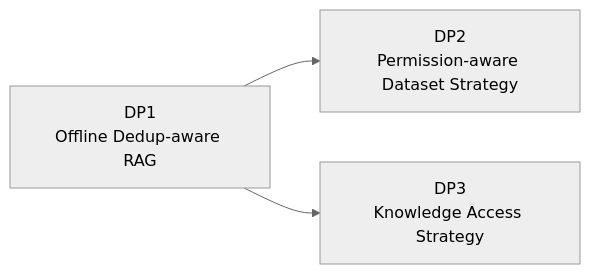
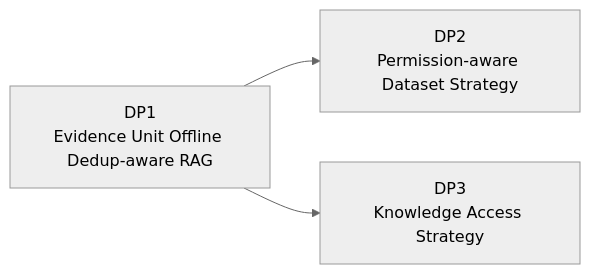
One commit to younlea/2026_architect_9B_team changed the fourth of 4 diagrams in doc/02_DP1_Dedup_Aware_RAG_Selection.md. Above: the diagram before and after it, drawn with Mermaid (neutral theme). The commit also changed other lines of this file and 5 other files, not shown here.

````diff
--- a/doc/02_DP1_Dedup_Aware_RAG_Selection.md
+++ b/doc/02_DP1_Dedup_Aware_RAG_Selection.md
@@ -263,5 +324,5 @@
 ```mermaid
 flowchart LR
-    A[DP1<br/>Offline Dedup-aware RAG] --> B[DP2<br/>Permission-aware Dataset Strategy]
+    A[DP1<br/>Evidence Unit Offline Dedup-aware RAG] --> B[DP2<br/>Permission-aware Dataset Strategy]
     A --> C[DP3<br/>Knowledge Access Strategy]
 ```
````
